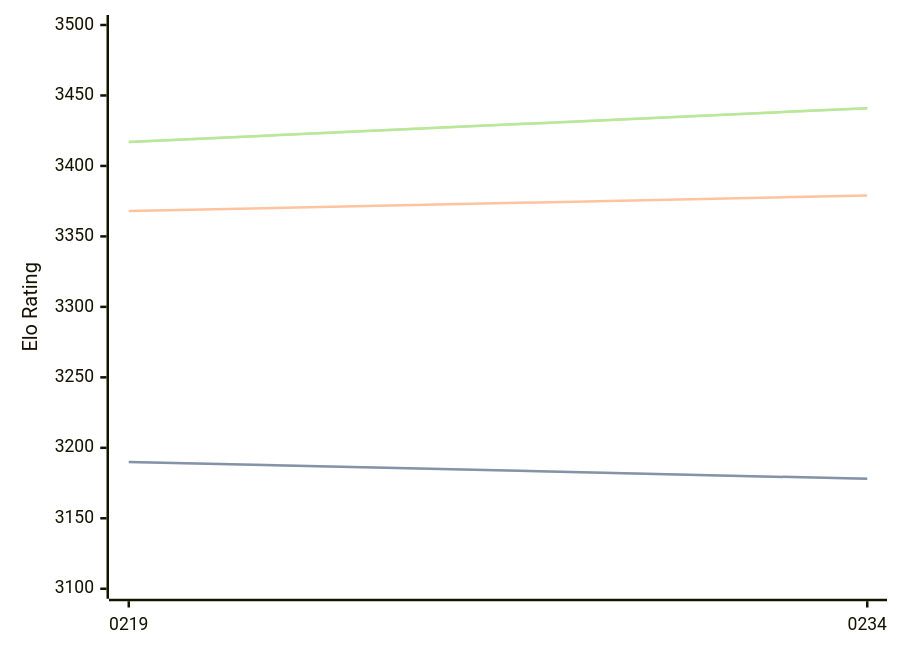
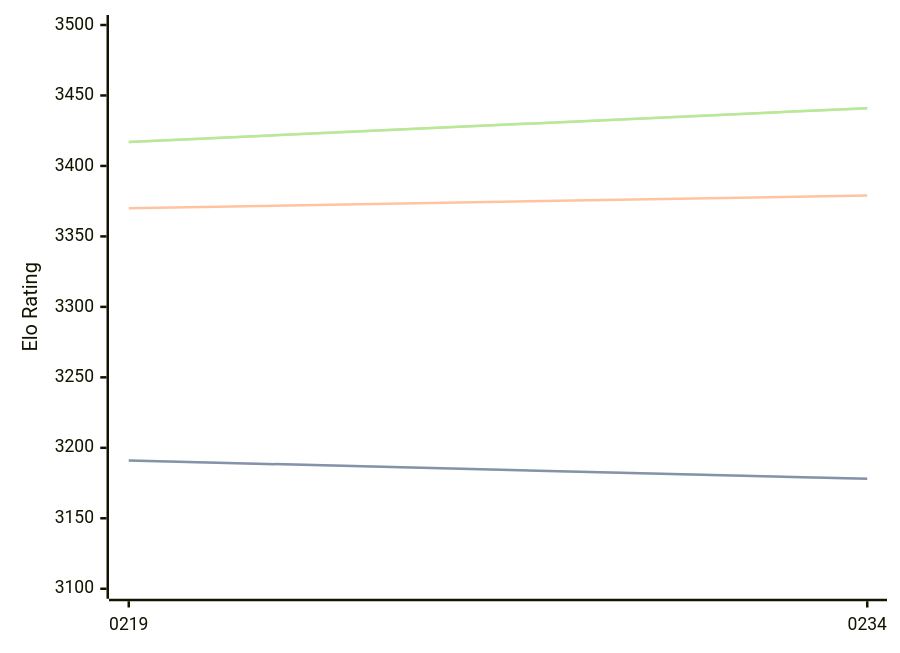
Before and after one commit to computer-chess-index/cci: the diagram in engines/Ynode.md, drawn with Mermaid. The commit also changed other lines of this file, not shown here.

````diff
--- a/engines/Ynode.md
+++ b/engines/Ynode.md
@@ -39,11 +39,11 @@
 ```mermaid
 %%{init: {"theme":"base","themeVariables":{"seriesColors:['#a3a3a3','#222221','#faa371']}}}%%
 xychart-beta
   x-axis ["0219", "0234"]
   y-axis "Elo Rating" 3100 --> 3500
-  line "STC (8.0+0.08s)" [3190, 3178]
-  line "STC (8.0+0.08s)" [3190, 3178]
-  line "LTC (60.0+0.60s)" [3368, 3379]
+  line "STC (8.0+0.08s)" [3191, 3178]
+  line "STC (8.0+0.08s)" [3191, 3178]
+  line "LTC (60.0+0.60s)" [3370, 3379]
   line "VLTC (2m24s+1.12s)" [3417, 3441]
   line "VLTC (2m24s+1.12s)" [3417, 3441]
 ```
````
